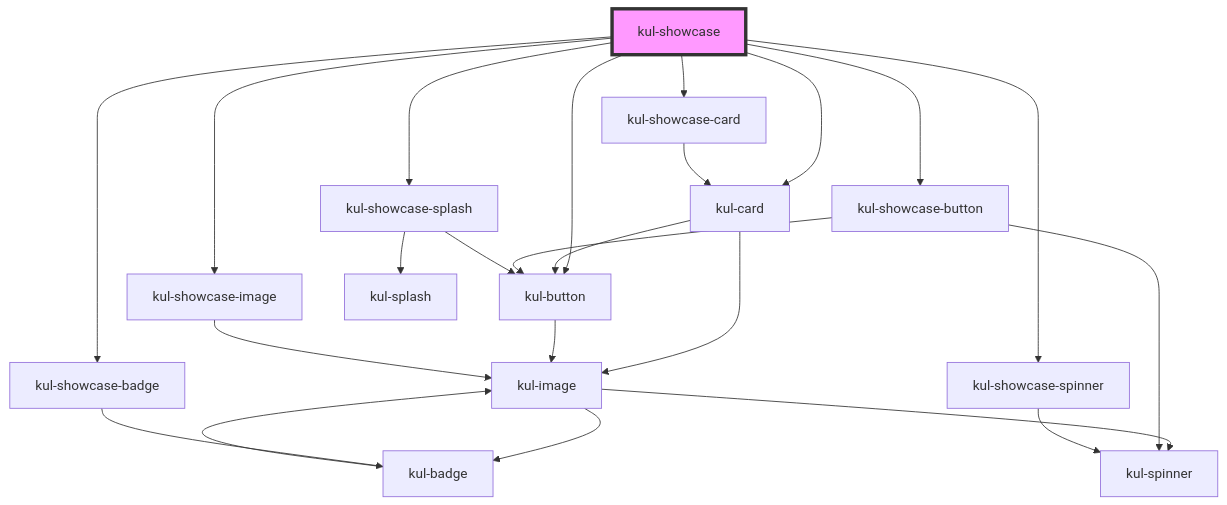
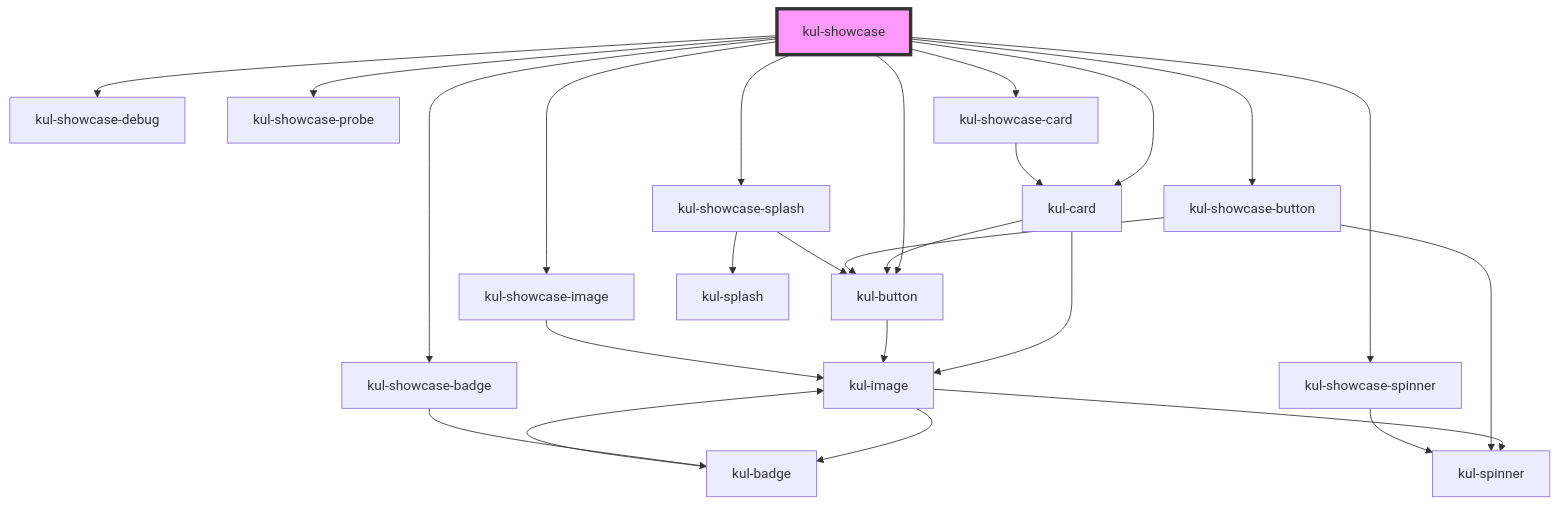
Before and after one commit to smeup/ketchup: the diagram in packages/ketchup-lite/src/components/kul-showcase/readme.md, drawn with Mermaid. The commit also changed other lines of this file and 42 other files, not shown here.

````diff
--- a/packages/ketchup-lite/src/components/kul-showcase/readme.md
+++ b/packages/ketchup-lite/src/components/kul-showcase/readme.md
@@ -91,26 +93,28 @@
 ```mermaid
 graph TD;
   kul-showcase --> kul-card
+  kul-showcase --> kul-showcase-debug
+  kul-showcase --> kul-showcase-probe
   kul-showcase --> kul-showcase-badge
   kul-showcase --> kul-showcase-button
   kul-showcase --> kul-showcase-card
   kul-showcase --> kul-showcase-image
   kul-showcase --> kul-showcase-splash
   kul-showcase --> kul-showcase-spinner
   kul-showcase --> kul-button
   kul-card --> kul-image
   kul-card --> kul-button
   kul-image --> kul-spinner
   kul-image --> kul-badge
   kul-badge --> kul-image
   kul-button --> kul-image
   kul-showcase-badge --> kul-badge
   kul-showcase-button --> kul-button
   kul-showcase-button --> kul-spinner
   kul-showcase-card --> kul-card
   kul-showcase-image --> kul-image
   kul-showcase-splash --> kul-button
   kul-showcase-splash --> kul-splash
   kul-showcase-spinner --> kul-spinner
   style kul-showcase fill:#f9f,stroke:#333,stroke-width:4px
 ```
````
